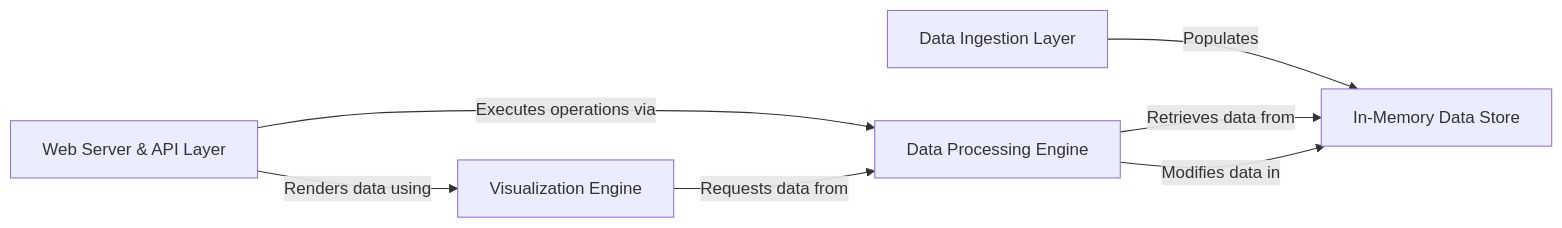
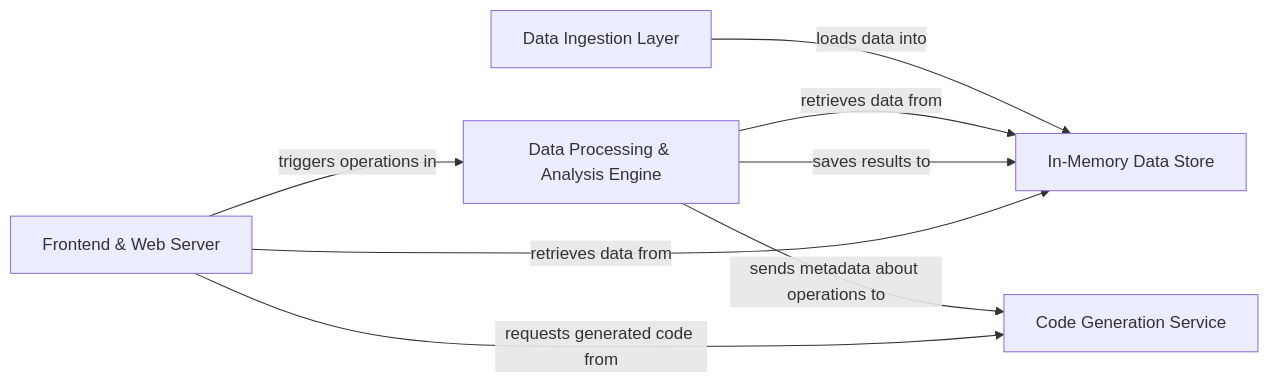
One commit to CodeBoarding/GeneratedOnBoardings changed the diagram in dtale/on_boarding.md. Above: the diagram before and after it, drawn with Mermaid. The commit also changed other lines of this file and 8 other files, not shown here.

````diff
--- a/dtale/on_boarding.md
+++ b/dtale/on_boarding.md
@@ -1,19 +1,20 @@
 ```mermaid
 graph LR
-    Web_Server_API_Layer["Web Server & API Layer"]
+    Frontend_Web_Server["Frontend & Web Server"]
     Data_Ingestion_Layer["Data Ingestion Layer"]
     In_Memory_Data_Store["In-Memory Data Store"]
-    Data_Processing_Engine["Data Processing Engine"]
-    Visualization_Engine["Visualization Engine"]
-    Data_Ingestion_Layer -- "Populates" --> In_Memory_Data_Store
-    Web_Server_API_Layer -- "Executes operations via" --> Data_Processing_Engine
-    Web_Server_API_Layer -- "Renders data using" --> Visualization_Engine
-    Data_Processing_Engine -- "Retrieves data from" --> In_Memory_Data_Store
-    Data_Processing_Engine -- "Modifies data in" --> In_Memory_Data_Store
-    Visualization_Engine -- "Requests data from" --> Data_Processing_Engine
-    click Web_Server_API_Layer href "https://github.com/CodeBoarding/GeneratedOnBoardings/blob/main/dtale/Web_Server_API_Layer.md" "Details"
+    Data_Processing_Analysis_Engine["Data Processing & Analysis Engine"]
+    Code_Generation_Service["Code Generation Service"]
+    Data_Ingestion_Layer -- "loads data into" --> In_Memory_Data_Store
+    Frontend_Web_Server -- "triggers operations in" --> Data_Processing_Analysis_Engine
+    Data_Processing_Analysis_Engine -- "retrieves data from" --> In_Memory_Data_Store
+    Data_Processing_Analysis_Engine -- "saves results to" --> In_Memory_Data_Store
+    Frontend_Web_Server -- "retrieves data from" --> In_Memory_Data_Store
+    Data_Processing_Analysis_Engine -- "sends metadata about operations to" --> Code_Generation_Service
+    Frontend_Web_Server -- "requests generated code from" --> Code_Generation_Service
+    click Frontend_Web_Server href "https://github.com/CodeBoarding/GeneratedOnBoardings/blob/main/dtale/Frontend_Web_Server.md" "Details"
     click Data_Ingestion_Layer href "https://github.com/CodeBoarding/GeneratedOnBoardings/blob/main/dtale/Data_Ingestion_Layer.md" "Details"
     click In_Memory_Data_Store href "https://github.com/CodeBoarding/GeneratedOnBoardings/blob/main/dtale/In_Memory_Data_Store.md" "Details"
-    click Data_Processing_Engine href "https://github.com/CodeBoarding/GeneratedOnBoardings/blob/main/dtale/Data_Processing_Engine.md" "Details"
-    click Visualization_Engine href "https://github.com/CodeBoarding/GeneratedOnBoardings/blob/main/dtale/Visualization_Engine.md" "Details"
+    click Data_Processing_Analysis_Engine href "https://github.com/CodeBoarding/GeneratedOnBoardings/blob/main/dtale/Data_Processing_Analysis_Engine.md" "Details"
+    click Code_Generation_Service href "https://github.com/CodeBoarding/GeneratedOnBoardings/blob/main/dtale/Code_Generation_Service.md" "Details"
 ```
````
